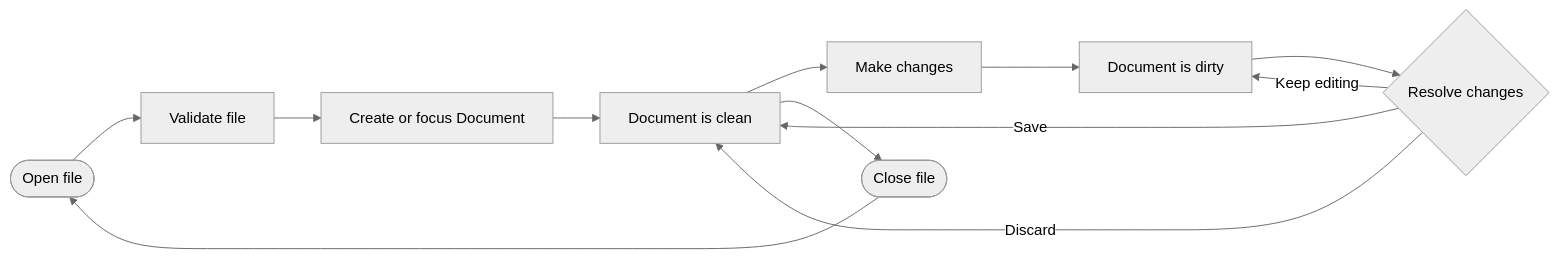
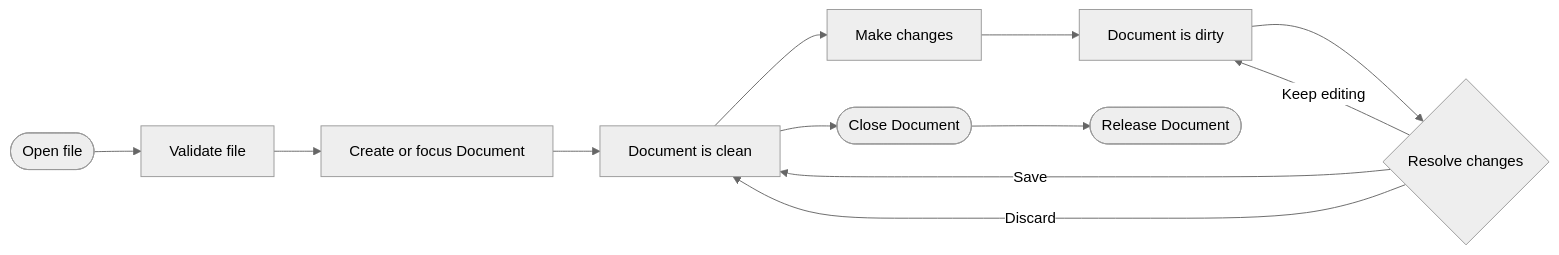
One commit to norad32/uo-mul-lib changed the first of 2 diagrams in doc/architecture/lifecycle.md. Above: the diagram before and after it, drawn with Mermaid (neutral theme). The commit also changed other lines of this file and 6 other files, not shown here.

````diff
--- a/doc/architecture/lifecycle.md
+++ b/doc/architecture/lifecycle.md
@@ -8,14 +8,14 @@
 ```mermaid
 flowchart LR
     A([Open file]) --> B[Validate file]
     B --> C[Create or focus Document]
     C --> D[Document is clean]
     D --> E[Make changes]
     E --> F[Document is dirty]
     F --> G{Resolve changes}
     G -->|Save| D
     G -->|Discard| D
     G -->|Keep editing| F
-    D --> H([Close file])
-    H --> A
+    D --> H([Close Document])
+    H --> I([Release Document])
 ```
````
